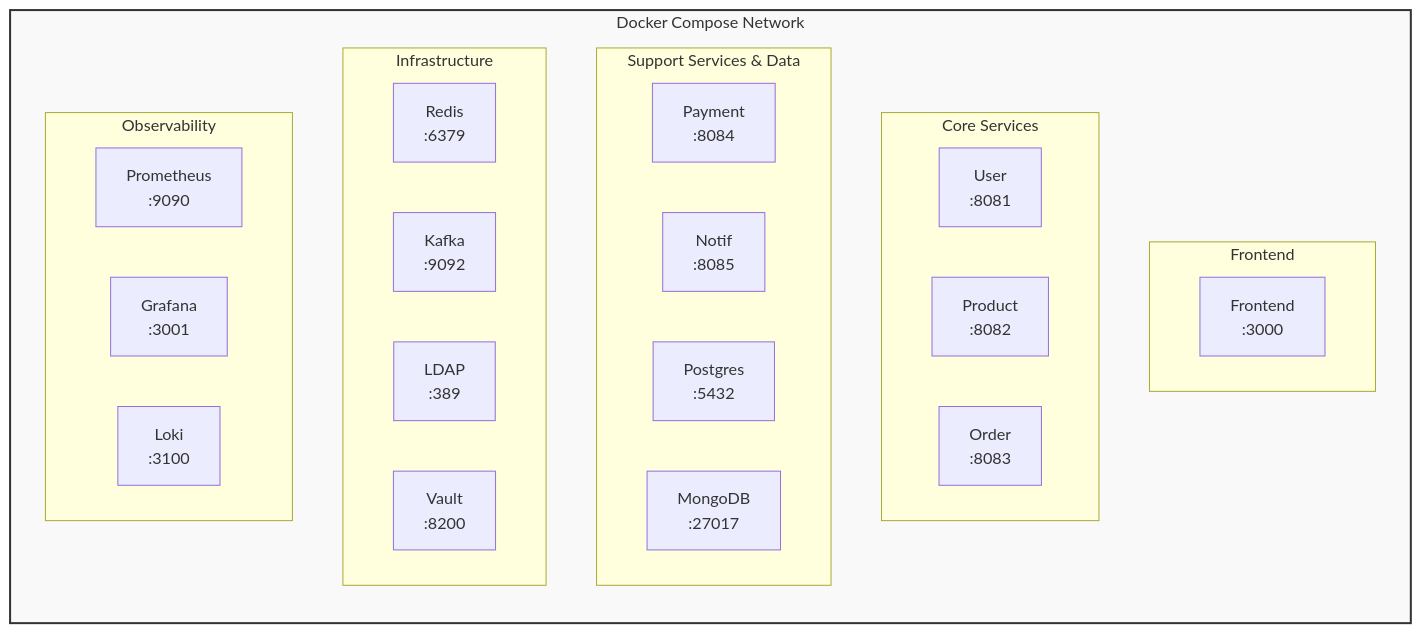
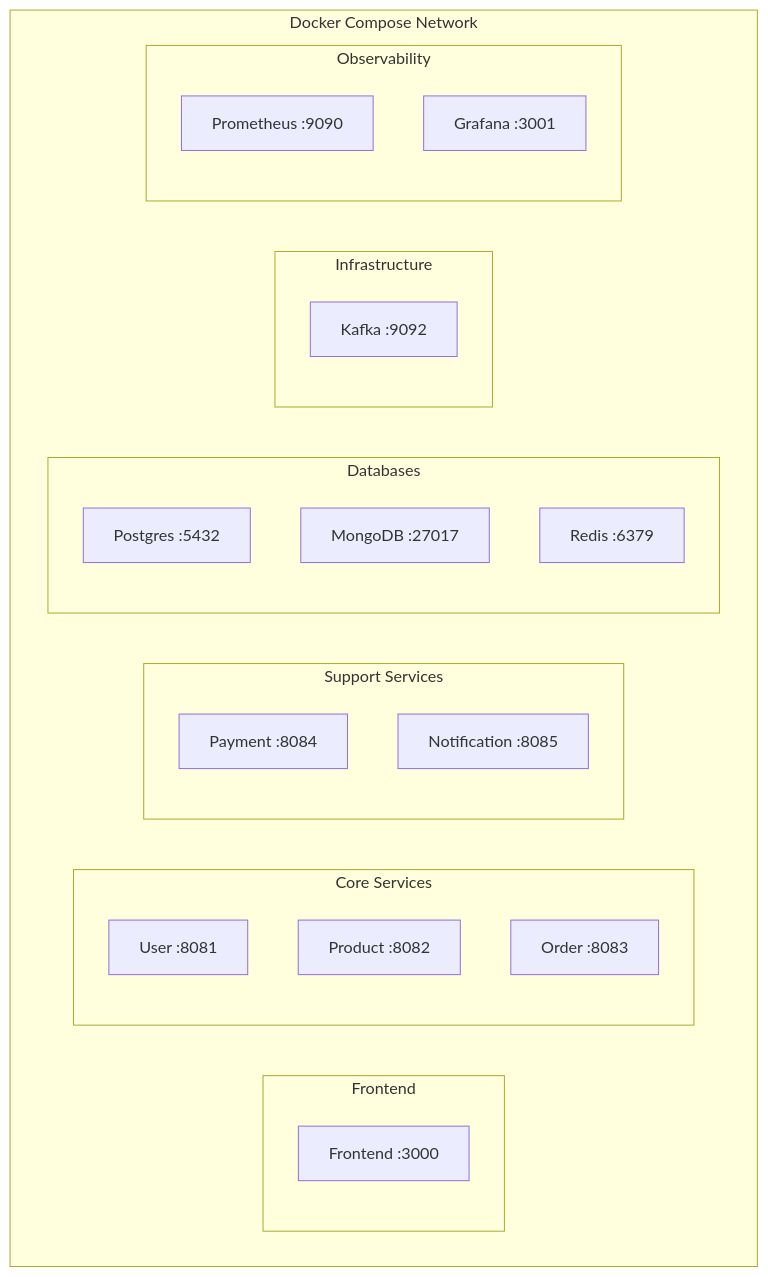
The diagram in docs/infrastructure/docker-guide.md (vedantchimote/Cloudforge), drawn with Mermaid before and after one commit. The commit also changed 6 other files, not shown here.

Commit message:
fix: simplify Mermaid diagrams for Mintlify compatibility

````diff
--- a/docs/infrastructure/docker-guide.md
+++ b/docs/infrastructure/docker-guide.md
@@ -23,43 +23,34 @@
 ```mermaid
 graph TB
-    subgraph Network [Docker Compose Network]
-        direction TB
-        
-        subgraph Row1 [Frontend]
-            direction LR
-            F[Frontend<br/>:3000]
+    subgraph Network["Docker Compose Network"]
+        subgraph Frontend
+            F["Frontend :3000"]
         end
         
-        subgraph Row2 [Core Services]
-            direction LR
-            US[User<br/>:8081]
-            PS[Product<br/>:8082]
-            OS[Order<br/>:8083]
+        subgraph CoreServices["Core Services"]
+            US["User :8081"]
+            PS["Product :8082"]
+            OS["Order :8083"]
         end
         
-        subgraph Row3 [Support Services & Data]
-             direction LR
-             PY[Payment<br/>:8084]
-             NS[Notif<br/>:8085]
-             PG[Postgres<br/>:5432]
-             MG[MongoDB<br/>:27017]
+        subgraph SupportServices["Support Services"]
+            PY["Payment :8084"]
+            NS["Notification :8085"]
         end
 
-        subgraph Row4 [Infrastructure]
-            direction LR
-            RD[Redis<br/>:6379]
-            KF[Kafka<br/>:9092]
-            LD[LDAP<br/>:389]
-            VT[Vault<br/>:8200]
+        subgraph Data["Databases"]
+            PG["Postgres :5432"]
+            MG["MongoDB :27017"]
+            RD["Redis :6379"]
+        end
+
+        subgraph Infra["Infrastructure"]
+            KF["Kafka :9092"]
         end
         
-        subgraph Row5 [Observability]
-            direction LR
-            PR[Prometheus<br/>:9090]
-            GR[Grafana<br/>:3001]
-            LK[Loki<br/>:3100]
+        subgraph Observability
+            PR["Prometheus :9090"]
+            GR["Grafana :3001"]
         end
-        
-        style Network fill:#f9f9f9,stroke:#333,stroke-width:2px
     end
 ```
````
